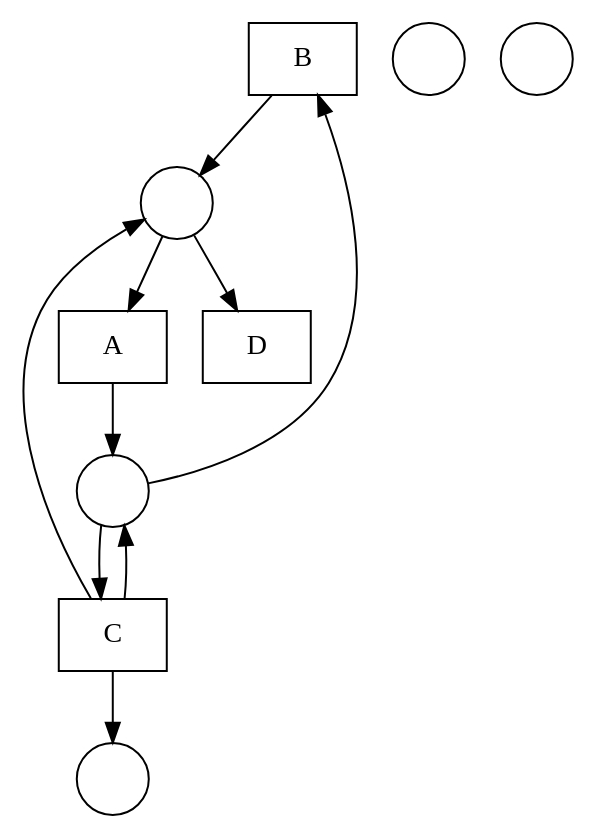
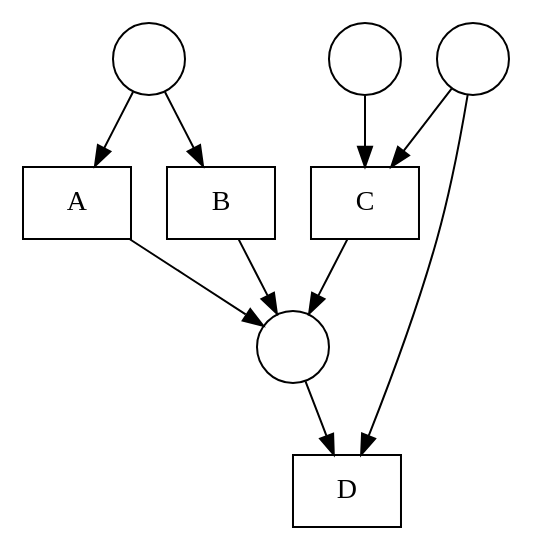
One commit to DWitek97/GeneticMiner changed the diagram in nets/Fittest net.gv. Above: the diagram before and after it, drawn with Graphviz. The commit also changed 3 other files, not shown here.

```diff
--- a/nets/Fittest net.gv
+++ b/nets/Fittest net.gv
@@ -1,22 +1,21 @@
 digraph "Fittest net" {
 	node [shape=box]
+	A [label=A]
 	B [label=B]
-	A [label=A]
+	C [label=C]
 	D [label=D]
-	C [label=C]
 	node [shape=circle]
 	1 [label=" "]
 	2 [label=" "]
 	3 [label=" "]
 	4 [label=" "]
-	5 [label=" "]
+	1 -> A
+	A -> 4
 	1 -> B
-	B -> 2
-	2 -> A
-	A -> 1
+	B -> 4
+	3 -> C
+	2 -> C
+	C -> 4
 	2 -> D
-	1 -> C
-	C -> 4
-	C -> 2
-	C -> 1
+	4 -> D
 }
```
